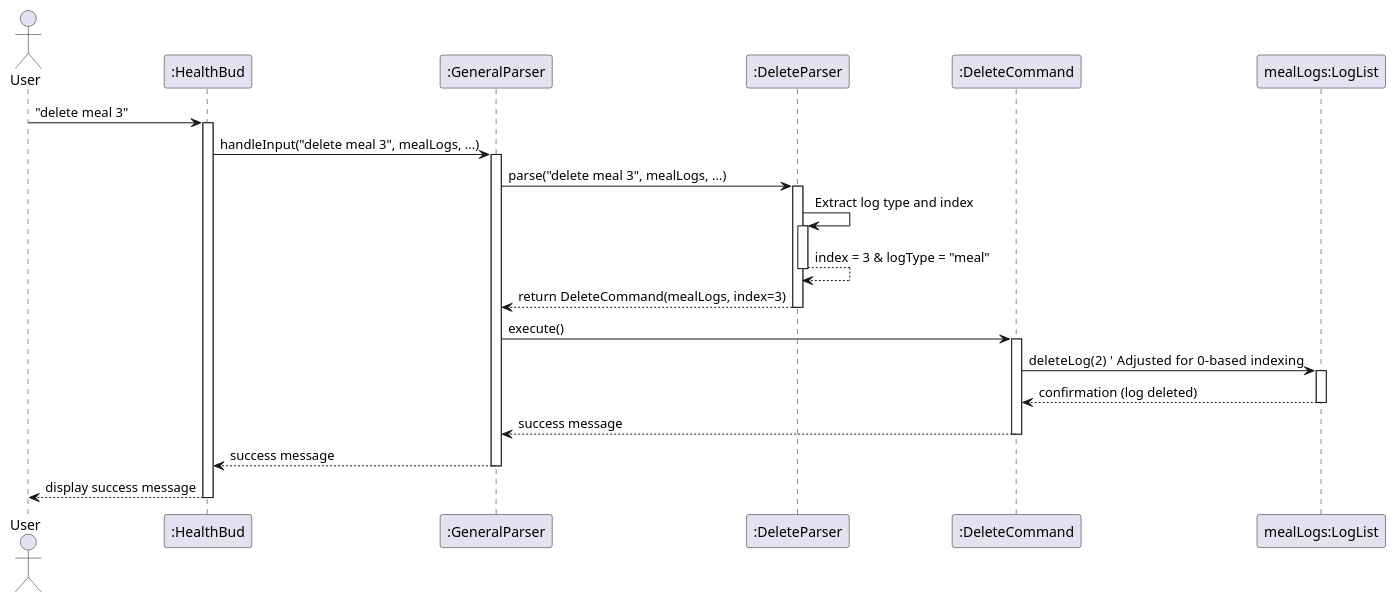
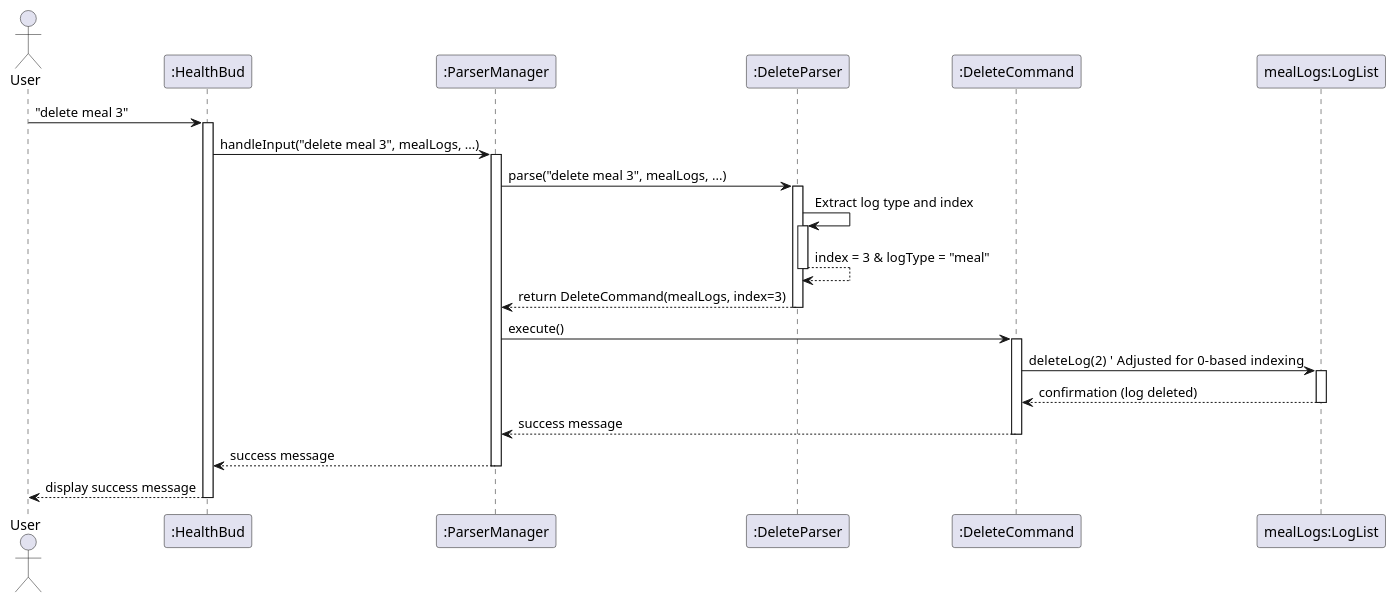
The diagram in docs/diagrams/DeleteSD.puml (Jasonlobo21/tp), drawn with PlantUML before and after one commit. The commit also changed 3 other files, not shown here.

```diff
--- a/docs/diagrams/DeleteSD.puml
+++ b/docs/diagrams/DeleteSD.puml
@@ -1,43 +1,44 @@
 @startuml
 actor User
 participant ":HealthBud" as HealthBud
-participant ":GeneralParser" as GeneralParser
+participant ":ParserManager" as ParserManager
 participant ":DeleteParser" as DeleteParser
 participant ":DeleteCommand" as DeleteCommand
 participant "mealLogs:LogList" as LogList
 
 User -> HealthBud : "delete meal 3"
 activate HealthBud
 
-HealthBud -> GeneralParser : handleInput("delete meal 3", mealLogs, ...)
-activate GeneralParser
+HealthBud -> ParserManager : handleInput("delete meal 3", mealLogs, ...)
+activate ParserManager
 
-GeneralParser -> DeleteParser : parse("delete meal 3", mealLogs, ...)
+ParserManager -> DeleteParser : parse("delete meal 3", mealLogs, ...)
 activate DeleteParser
 
 DeleteParser -> DeleteParser : Extract log type and index
 activate DeleteParser
 
 DeleteParser --> DeleteParser : index = 3 & logType = "meal"
 deactivate DeleteParser
 
-DeleteParser --> GeneralParser : return DeleteCommand(mealLogs, index=3)
+DeleteParser --> ParserManager : return DeleteCommand(mealLogs, index=3)
 deactivate DeleteParser
 
-GeneralParser -> DeleteCommand : execute()
+ParserManager -> DeleteCommand : execute()
 activate DeleteCommand
 
 DeleteCommand -> LogList : deleteLog(2)   ' Adjusted for 0-based indexing
 activate LogList
+
 LogList --> DeleteCommand : confirmation (log deleted)
 deactivate LogList
 
-DeleteCommand --> GeneralParser : success message
+DeleteCommand --> ParserManager : success message
 deactivate DeleteCommand
 
-GeneralParser --> HealthBud : success message
-deactivate GeneralParser
+ParserManager --> HealthBud : success message
+deactivate ParserManager
 
 HealthBud --> User : display success message
 deactivate HealthBud
 @enduml
```
